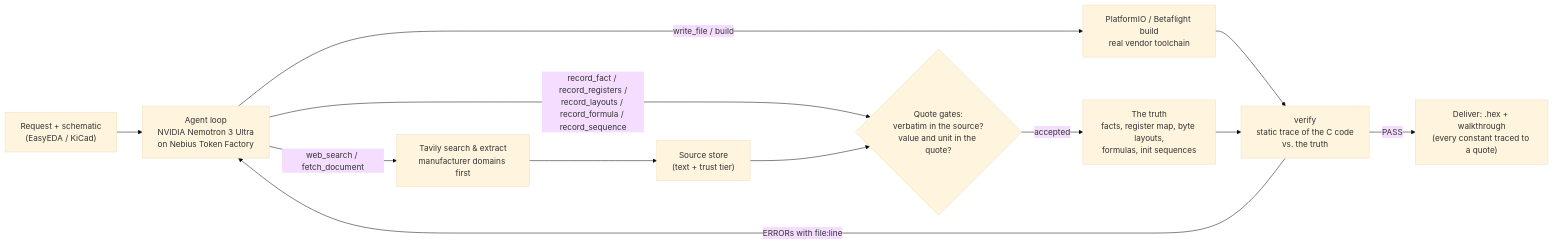
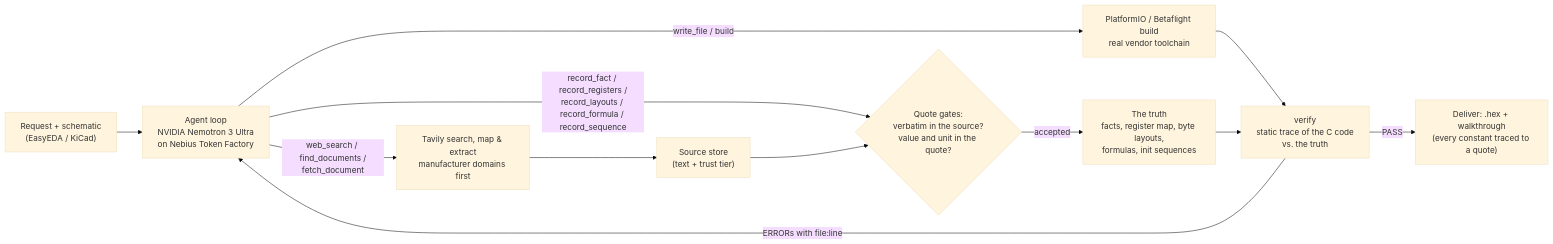
One commit to Toy-tusk7/embedded_force changed the diagram in README.md. Above: the diagram before and after it, drawn with Mermaid (base theme). The commit also changed other lines of this file and 8 other files, not shown here.

````diff
--- a/README.md
+++ b/README.md
@@ -29,14 +29,14 @@
 ```mermaid
 flowchart LR
     U["Request + schematic<br/>(EasyEDA / KiCad)"] --> A["Agent loop<br/>NVIDIA Nemotron 3 Ultra<br/>on Nebius Token Factory"]
-    A -->|web_search / fetch_document| T["Tavily search & extract<br/>manufacturer domains first"]
+    A -->|web_search / find_documents /<br/>fetch_document| T["Tavily search, map & extract<br/>manufacturer domains first"]
     T --> S["Source store<br/>(text + trust tier)"]
     A -->|record_fact / record_registers /<br/>record_layouts / record_formula / record_sequence| G{"Quote gates:<br/>verbatim in the source?<br/>value and unit in the quote?"}
     S --> G
     G -->|accepted| L["The truth<br/>facts, register map, byte layouts,<br/>formulas, init sequences"]
     A -->|write_file / build| B["PlatformIO / Betaflight build<br/>real vendor toolchain"]
     B --> V["verify<br/>static trace of the C code<br/>vs. the truth"]
     L --> V
     V -->|ERRORs with file:line| A
     V -->|PASS| D["Deliver: .hex + walkthrough<br/>(every constant traced to a quote)"]
 ```
````
